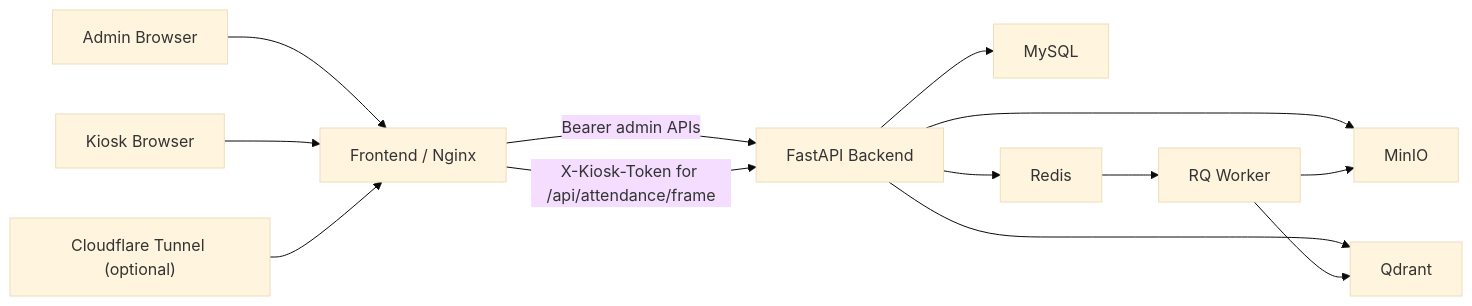
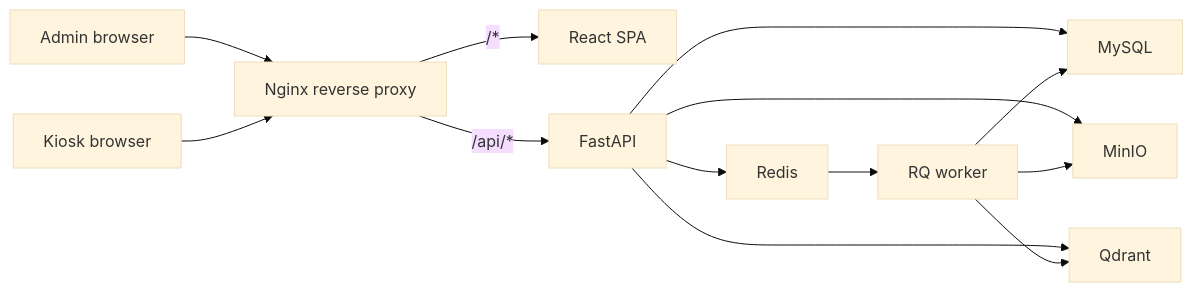
The diagram in README.md (nguyenthanhlam2812/BTL_2526II_AIT3004_2-facial-recognition-system), drawn with Mermaid (base theme) before and after one commit. The commit also changed other lines of this file and 11 other files, not shown here.

````diff
--- a/README.md
+++ b/README.md
@@ -37,15 +48,15 @@
 ```mermaid
 flowchart LR
-    Admin["Admin Browser"] --> Nginx["Frontend / Nginx"]
-    Kiosk["Kiosk Browser"] --> Nginx
-    Nginx -->|"Bearer admin APIs"| Backend["FastAPI Backend"]
-    Nginx -->|"X-Kiosk-Token for /api/attendance/frame"| Backend
+    Admin["Admin browser"] --> Nginx["Nginx reverse proxy"]
+    Kiosk["Kiosk browser"] --> Nginx
+    Nginx -->|"/*"| Frontend["React SPA"]
+    Nginx -->|"/api/*"| Backend["FastAPI"]
     Backend --> MySQL["MySQL"]
+    Backend --> Redis["Redis"]
     Backend --> MinIO["MinIO"]
     Backend --> Qdrant["Qdrant"]
-    Backend --> Redis["Redis"]
-    Redis --> Worker["RQ Worker"]
+    Redis --> Worker["RQ worker"]
     Worker --> MinIO
     Worker --> Qdrant
-    Tunnel["Cloudflare Tunnel (optional)"] --> Nginx
+    Worker --> MySQL
 ```
````
